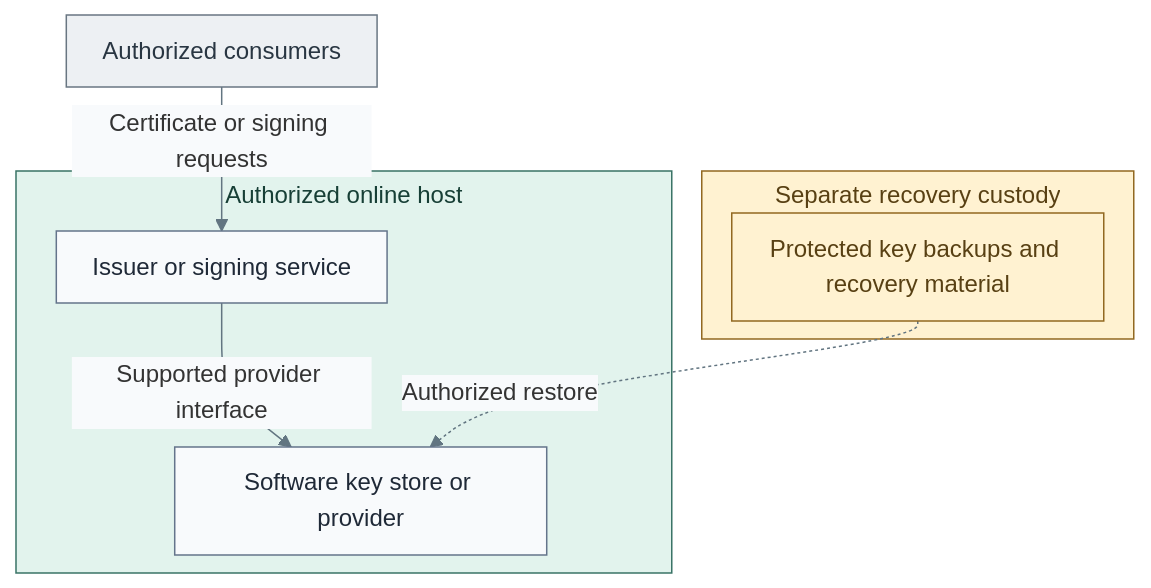
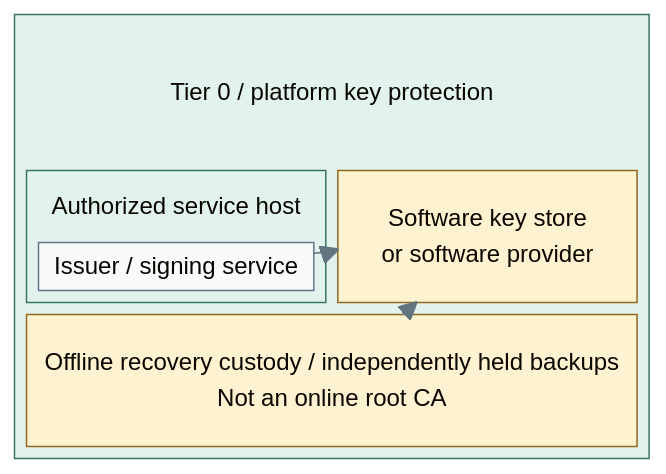
One commit to Rexus/homelab changed the first of 4 diagrams in docs/architecture/cryptography/hsm-selection.md. Above: the diagram before and after it, drawn with Mermaid. The commit also changed other lines of this file and 22 other files, not shown here.

Commit message:
docs(diagrams): clarify tier boundaries and deployment layouts

````diff
--- a/docs/architecture/cryptography/hsm-selection.md
+++ b/docs/architecture/cryptography/hsm-selection.md
@@ -49,19 +49,25 @@
 ```mermaid
 %%{init: {"theme":"base","flowchart":{"nodeSpacing":20,"rankSpacing":24,"padding":12,"subGraphTitleMargin":{"top":4,"bottom":12}},"themeVariables":{"lineColor":"#627581","edgeLabelBackground":"#f8fafc"}}}%%
-flowchart TB
-  Consumers["Authorized consumers"] -->|Certificate or signing requests| Service
-  subgraph Host["Authorized online host"]
-    Service["Issuer or signing service"] -->|Supported provider interface| Provider["Software key store or provider"]
+block-beta
+  columns 1
+  block:T0
+    columns 2
+    T0Title["Tier 0 / platform key protection"]:2
+    block:Host
+      columns 1
+      HostTitle["Authorized service host"]
+      Service["Issuer / signing service"]
+    end
+    Provider["Software key store<br/>or software provider"]
+    Recovery["Offline recovery custody / independently held backups<br/>Not an online root CA"]:2
   end
-  subgraph Custody["Separate recovery custody"]
-    Recovery["Protected key backups and recovery material"]
-  end
-  Recovery -. "Authorized restore" .-> Provider
+  Service --> Provider
+  Recovery -.-> Provider
   classDef default fill:#f8fafc,stroke:#64748b,color:#1f2937
-  classDef actor fill:#edf0f3,stroke:#697682,color:#293642
   classDef control fill:#e2f3ed,stroke:#397366,color:#173f36
+  classDef controlHeading fill:#e2f3ed,stroke:#e2f3ed,color:#173f36
   classDef custody fill:#fff2d1,stroke:#926820,color:#584013
-  class Consumers actor
-  class Host control
-  class Custody,Recovery custody
+  class T0,Host control
+  class T0Title,HostTitle controlHeading
+  class Provider,Recovery custody
 ```
````
